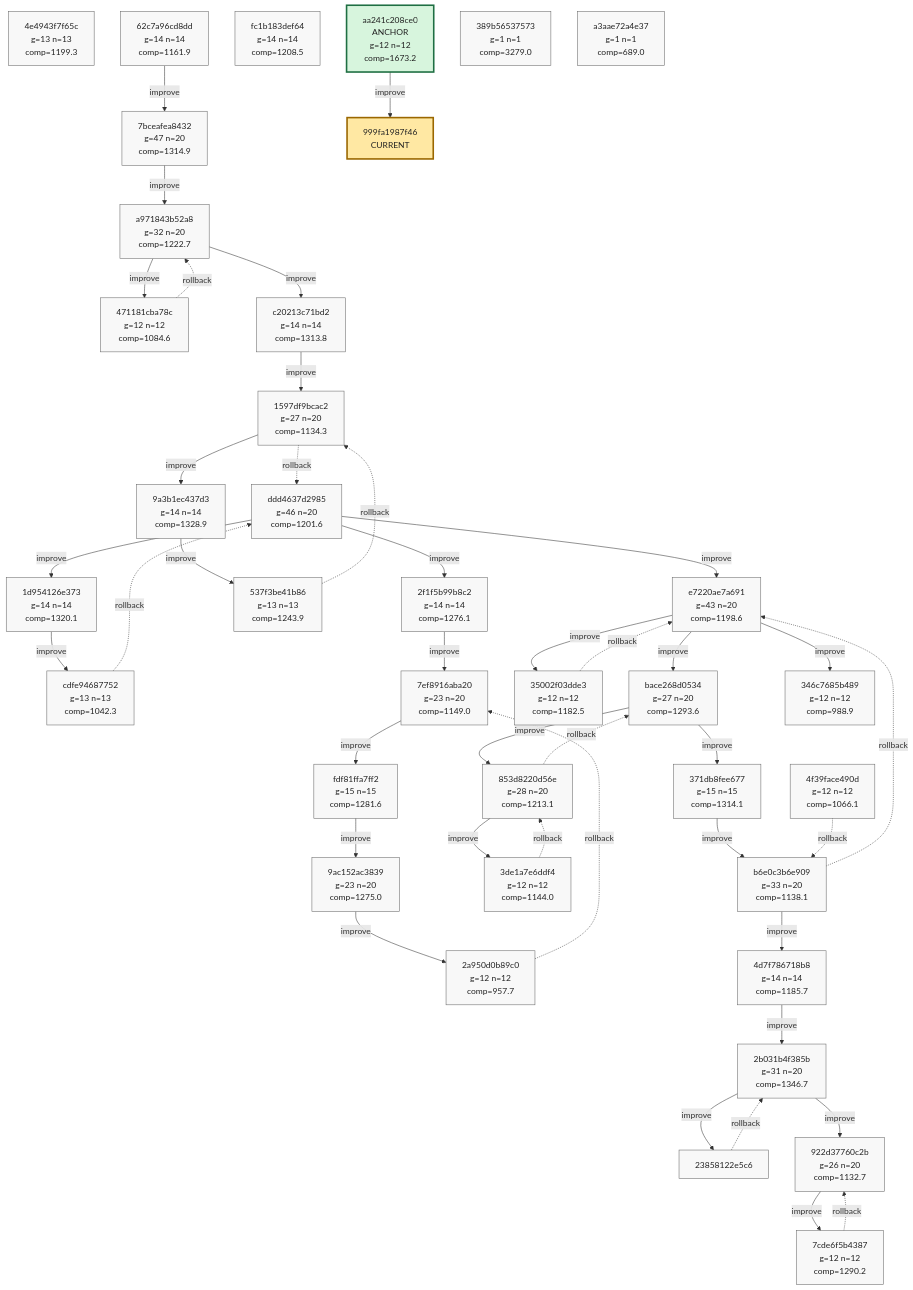
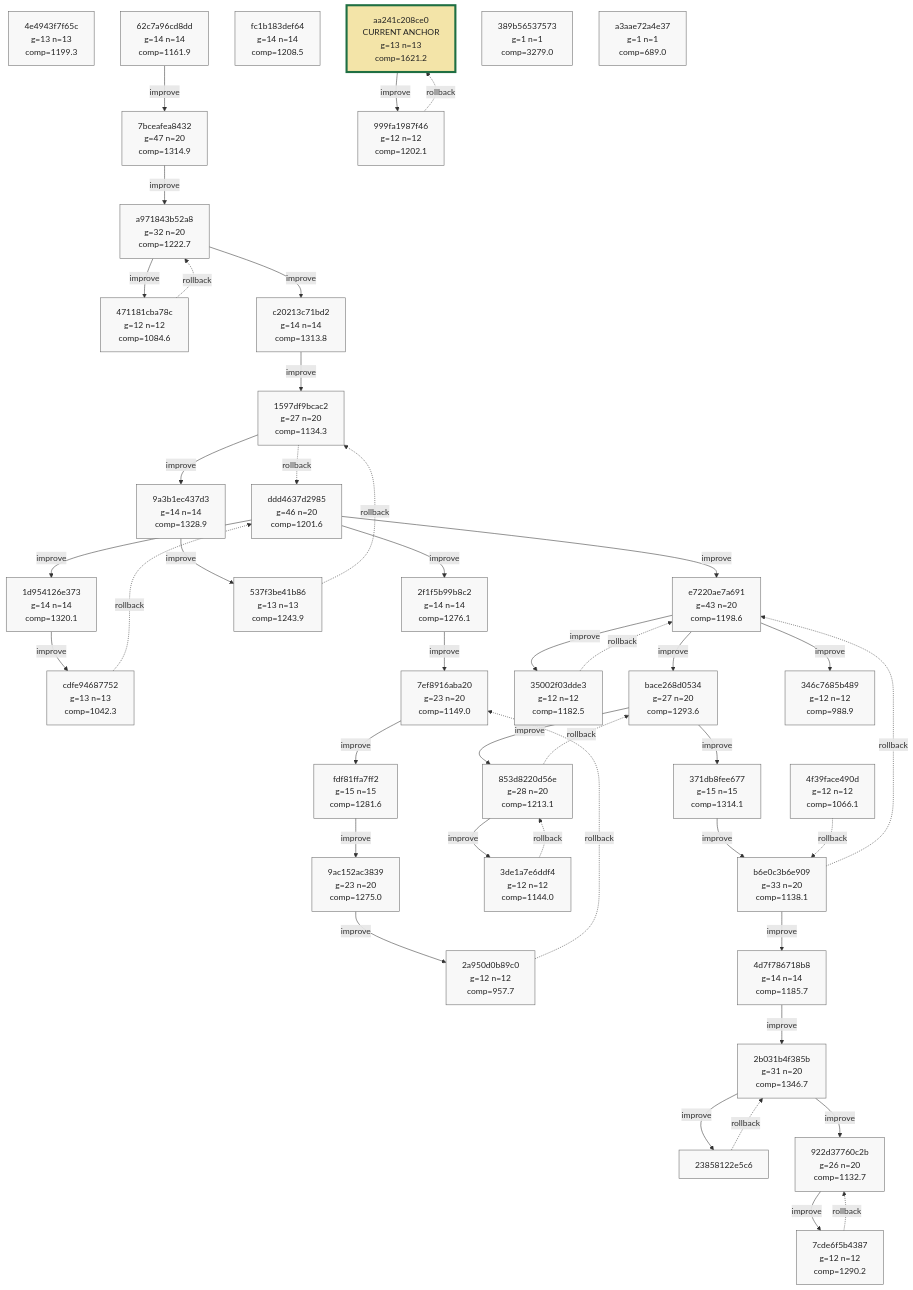
The ninth of 9 diagrams in phyrogenetic-tree.md (azumag/soviet_now), drawn with Mermaid before and after one commit. The commit also changed other lines of this file and 2 other files, not shown here.

````diff
--- a/phyrogenetic-tree.md
+++ b/phyrogenetic-tree.md
@@ -2272,10 +2273,10 @@
     h_fc1b183def64["fc1b183def64<br/>g=14 n=14<br/>comp=1208.5"]
     h_4f39face490d["4f39face490d<br/>g=12 n=12<br/>comp=1066.1"]
     h_346c7685b489["346c7685b489<br/>g=12 n=12<br/>comp=988.9"]
-    h_aa241c208ce0["aa241c208ce0<br/>ANCHOR<br/>g=12 n=12<br/>comp=1673.2"]
+    h_aa241c208ce0["aa241c208ce0<br/>CURRENT ANCHOR<br/>g=13 n=13<br/>comp=1621.2"]
+    h_999fa1987f46["999fa1987f46<br/>g=12 n=12<br/>comp=1202.1"]
     h_389b56537573["389b56537573<br/>g=1 n=1<br/>comp=3279.0"]
     h_a3aae72a4e37["a3aae72a4e37<br/>g=1 n=1<br/>comp=689.0"]
-    h_999fa1987f46["999fa1987f46<br/>CURRENT"]
 
     h_ddd4637d2985 -->|improve| h_1d954126e373
     h_1d954126e373 -->|improve| h_cdfe94687752
@@ -2317,6 +2318,7 @@
     h_b6e0c3b6e909 -. rollback .-> h_e7220ae7a691
     h_e7220ae7a691 -->|improve| h_346c7685b489
     h_aa241c208ce0 -->|improve| h_999fa1987f46
+    h_999fa1987f46 -. rollback .-> h_aa241c208ce0
 
     classDef plain fill:#f8f8f8,stroke:#666,stroke-width:1px,color:#222;
     classDef current fill:#ffe8a3,stroke:#9a6700,stroke-width:3px,color:#222;
@@ -2355,8 +2357,8 @@
     class h_fc1b183def64 plain;
     class h_4f39face490d plain;
     class h_346c7685b489 plain;
-    class h_aa241c208ce0 anchor;
+    class h_aa241c208ce0 current_anchor;
+    class h_999fa1987f46 plain;
     class h_389b56537573 plain;
     class h_a3aae72a4e37 plain;
-    class h_999fa1987f46 current;
 ```
````
